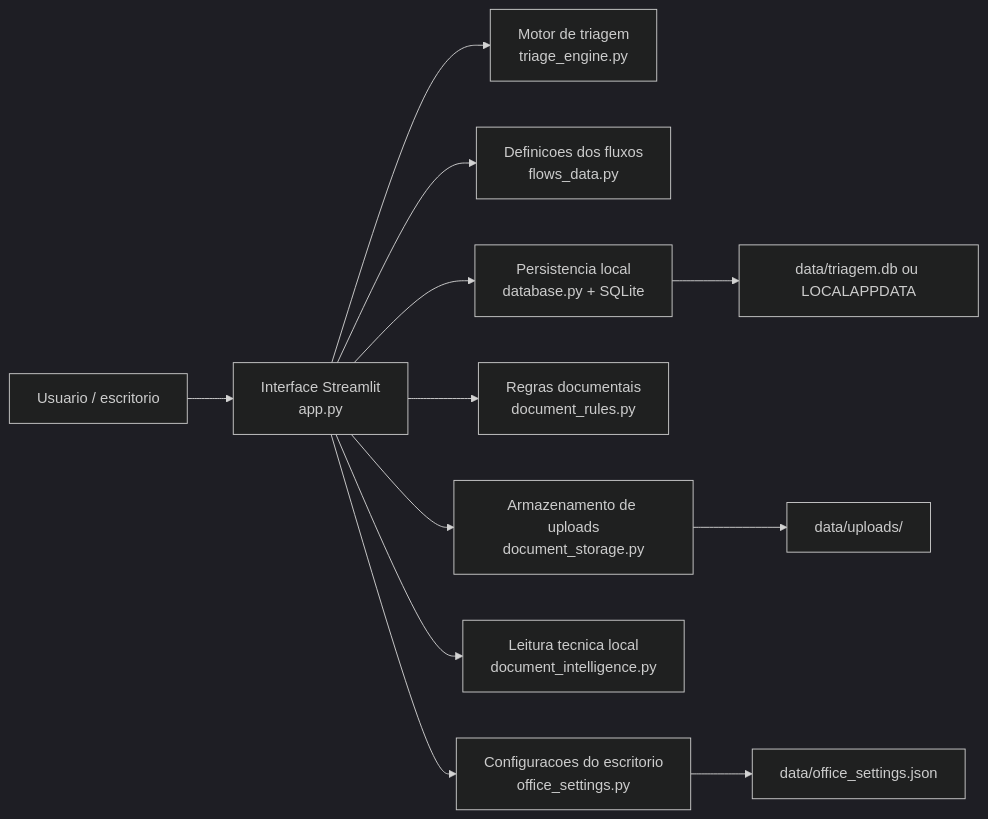
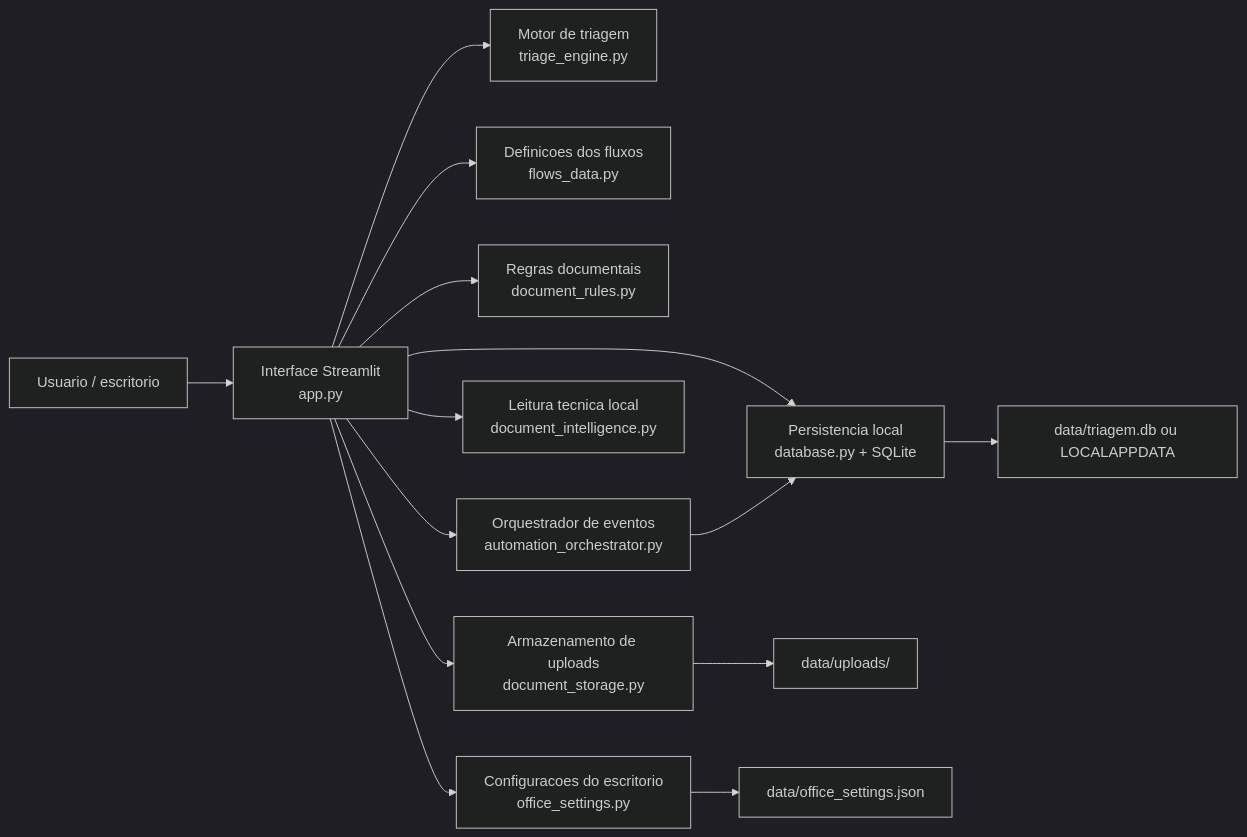
The diagram in docs/ARQUITETURA_DO_SISTEMA.md (setekinah/robo-do-inss), drawn with Mermaid (dark theme) before and after one commit. The commit also changed other lines of this file and 5 other files, not shown here.

Commit message:
Adiciona orquestrador interno de eventos

````diff
--- a/docs/ARQUITETURA_DO_SISTEMA.md
+++ b/docs/ARQUITETURA_DO_SISTEMA.md
@@ -72,15 +75,17 @@
 ```mermaid
 flowchart LR
     A["Usuario / escritorio"] --> B["Interface Streamlit<br/>app.py"]
     B --> C["Motor de triagem<br/>triage_engine.py"]
     B --> D["Definicoes dos fluxos<br/>flows_data.py"]
     B --> E["Persistencia local<br/>database.py + SQLite"]
     B --> F["Regras documentais<br/>document_rules.py"]
     B --> G["Armazenamento de uploads<br/>document_storage.py"]
     B --> H["Leitura tecnica local<br/>document_intelligence.py"]
     B --> I["Configuracoes do escritorio<br/>office_settings.py"]
+    B --> M["Orquestrador de eventos<br/>automation_orchestrator.py"]
 
     E --> J["data/triagem.db ou LOCALAPPDATA"]
     G --> K["data/uploads/"]
     I --> L["data/office_settings.json"]
+    M --> E
 ```
````
